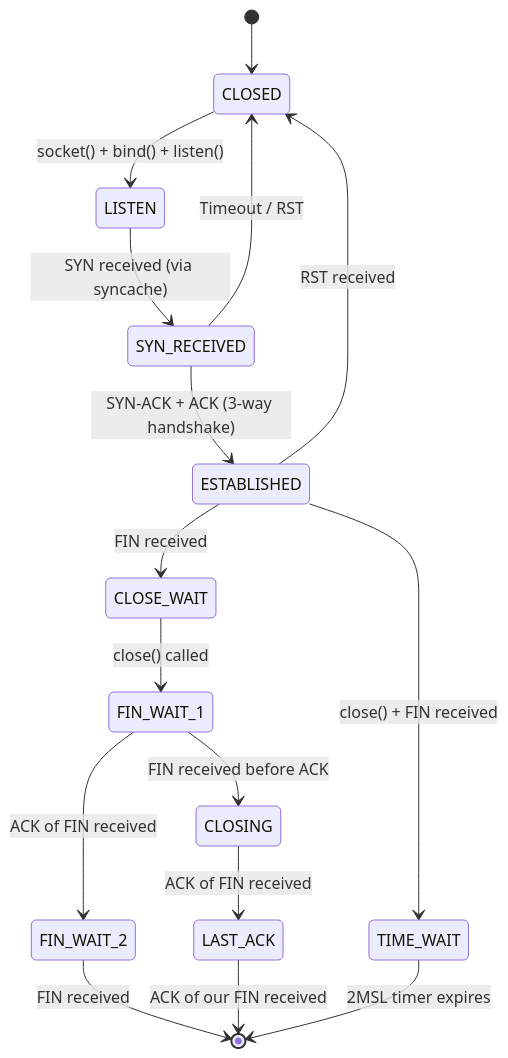
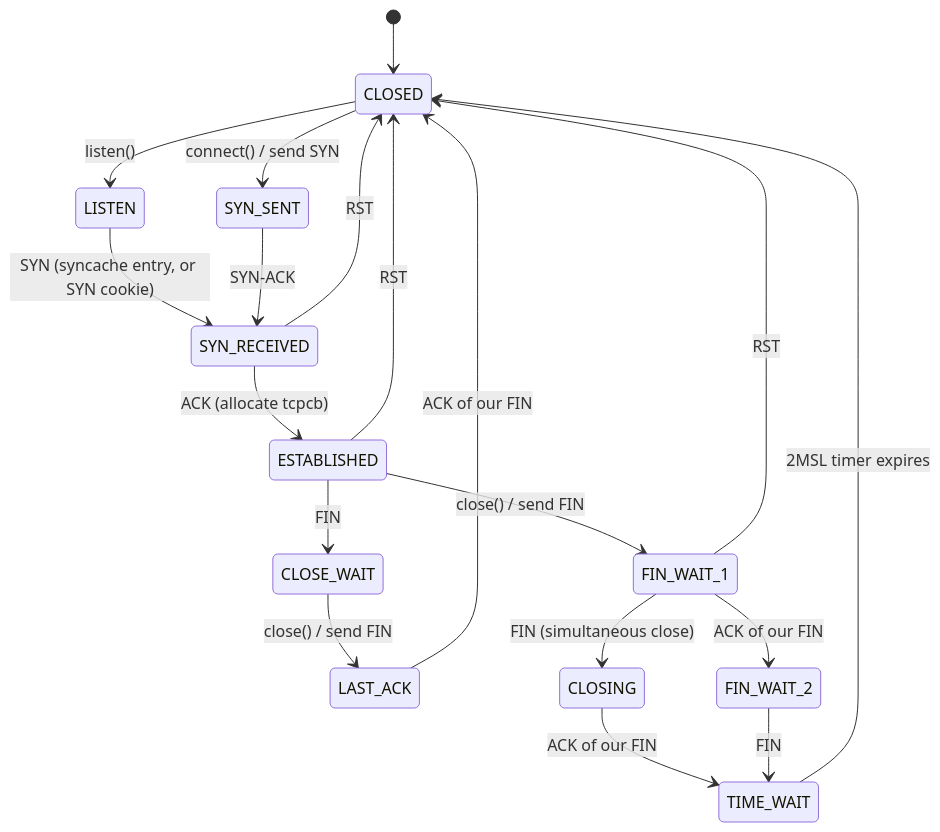
One commit to ocochard/freebsd-src changed the diagram in sys/netinet/README_transport.md. Above: the diagram before and after it, drawn with Mermaid. The commit also changed other lines of this file and 40 other files, not shown here.

````diff
--- a/sys/netinet/README_transport.md
+++ b/sys/netinet/README_transport.md
@@ -495,18 +349,21 @@
 ```mermaid
 stateDiagram-v2
-    [*] --> CLOSED
-    CLOSED --> LISTEN: socket() + bind() + listen()
-    LISTEN --> SYN_RECEIVED: SYN received (via syncache)
-    SYN_RECEIVED --> ESTABLISHED: SYN-ACK + ACK (3-way handshake)
-    ESTABLISHED --> CLOSE_WAIT: FIN received
-    CLOSE_WAIT --> FIN_WAIT_1: close() called
-    FIN_WAIT_1 --> FIN_WAIT_2: ACK of FIN received
-    FIN_WAIT_2 --> [*]: FIN received
-    FIN_WAIT_1 --> CLOSING: FIN received before ACK
-    CLOSING --> LAST_ACK: ACK of FIN received
-    LAST_ACK --> [*]: ACK of our FIN received
-    ESTABLISHED --> TIME_WAIT: close() + FIN received
-    TIME_WAIT --> [*]: 2MSL timer expires
-    SYN_RECEIVED --> CLOSED: Timeout / RST
-    ESTABLISHED --> CLOSED: RST received
+  [*] --> CLOSED
+  CLOSED --> LISTEN: listen()
+  CLOSED --> SYN_SENT: connect() / send SYN
+  LISTEN --> SYN_RECEIVED: SYN (syncache entry, or SYN cookie)
+  SYN_SENT --> SYN_RECEIVED: SYN-ACK
+  SYN_RECEIVED --> ESTABLISHED: ACK (allocate tcpcb)
+  ESTABLISHED --> CLOSE_WAIT: FIN
+  ESTABLISHED --> FIN_WAIT_1: close() / send FIN
+  CLOSE_WAIT --> LAST_ACK: close() / send FIN
+  FIN_WAIT_1 --> FIN_WAIT_2: ACK of our FIN
+  FIN_WAIT_1 --> CLOSING: FIN (simultaneous close)
+  CLOSING --> TIME_WAIT: ACK of our FIN
+  LAST_ACK --> CLOSED: ACK of our FIN
+  FIN_WAIT_2 --> TIME_WAIT: FIN
+  TIME_WAIT --> CLOSED: 2MSL timer expires
+  SYN_RECEIVED --> CLOSED: RST
+  ESTABLISHED --> CLOSED: RST
+  FIN_WAIT_1 --> CLOSED: RST
 ```
````
